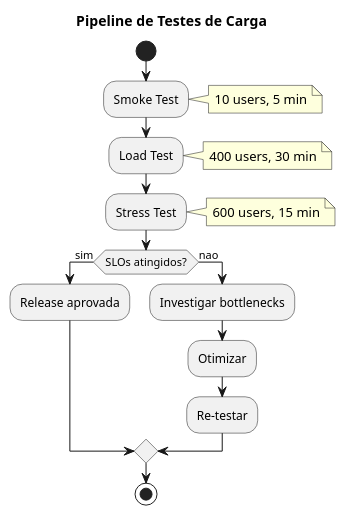
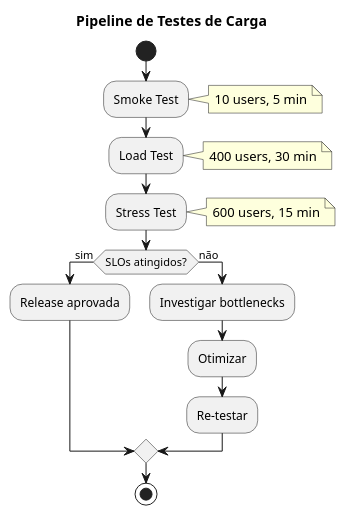
One commit to beduardo/novobanco_website_doc changed the fourth of 4 diagrams in current/definitions/DEF-12-desempenho-fiabilidade.md. Above: the diagram before and after it, drawn with PlantUML. The commit also changed other lines of this file and 182 other files, not shown here.

````diff
--- a/current/definitions/DEF-12-desempenho-fiabilidade.md
+++ b/current/definitions/DEF-12-desempenho-fiabilidade.md
@@ -386,29 +386,29 @@
 ```plantuml
 @startuml
 skinparam backgroundColor white
 
 title Pipeline de Testes de Carga
 
 |Pre-Release|
 start
 :Smoke Test;
 note right: 10 users, 5 min
 
 :Load Test;
 note right: 400 users, 30 min
 
 :Stress Test;
 note right: 600 users, 15 min
 
 if (SLOs atingidos?) then (sim)
     :Release aprovada;
-else (nao)
+else (não)
     :Investigar bottlenecks;
     :Otimizar;
     :Re-testar;
 endif
 
 stop
 
 @enduml
 ```
````
